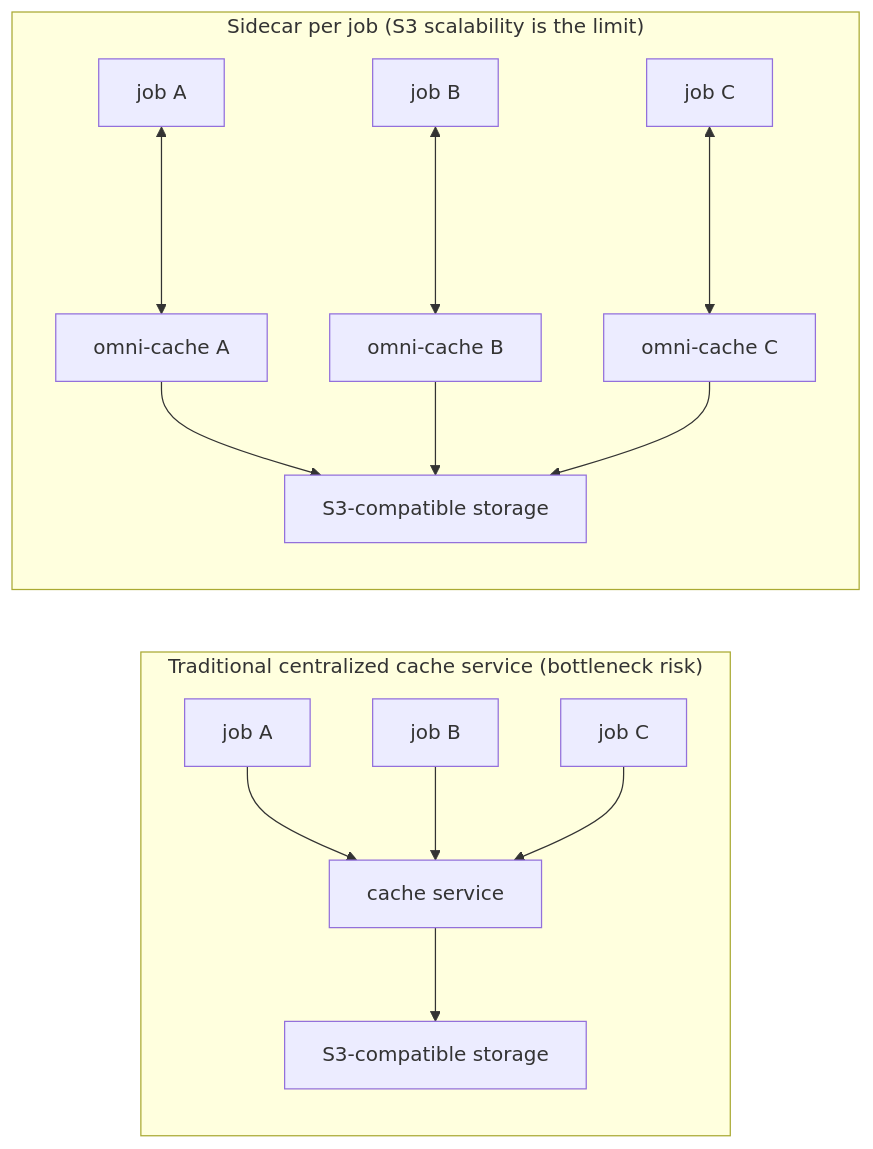
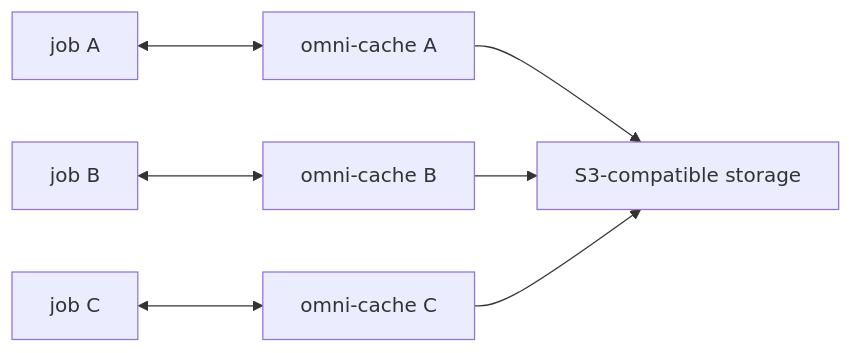
The second of 2 diagrams in README.md (cirruslabs/omni-cache), drawn with Mermaid before and after one commit. The commit also changed other lines of this file, not shown here.

Commit message:
Refine README diagrams and descriptions for centralized vs. sidecar cache architectures.

````diff
--- a/README.md
+++ b/README.md
@@ -15,18 +28,9 @@
 ```mermaid
 flowchart LR
-  subgraph Traditional["Traditional centralized cache service (bottleneck risk)"]
-    jobA["job A"] --> cacheSvc["cache service"]
-    jobB["job B"] --> cacheSvc
-    jobC["job C"] --> cacheSvc
-    cacheSvc --> s3a["S3-compatible storage"]
-  end
-
-  subgraph Sidecar["Sidecar per job (S3 scalability is the limit)"]
-    jobA2["job A"] <---> omniA["omni-cache A"]
-    jobB2["job B"] <---> omniB["omni-cache B"]
-    jobC2["job C"] <---> omniC["omni-cache C"]
-    omniA --> s3b["S3-compatible storage"]
-    omniB --> s3b
-    omniC --> s3b
-  end
+  jobA2["job A"] <---> omniA["omni-cache A"]
+  jobB2["job B"] <---> omniB["omni-cache B"]
+  jobC2["job C"] <---> omniC["omni-cache C"]
+  omniA --> s3b["S3-compatible storage"]
+  omniB --> s3b
+  omniC --> s3b
 ```
````
